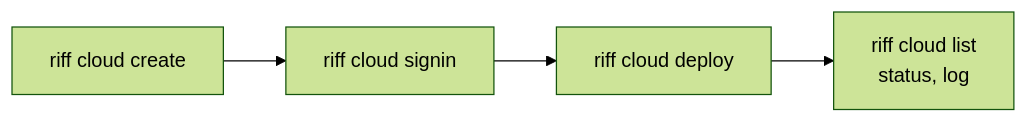
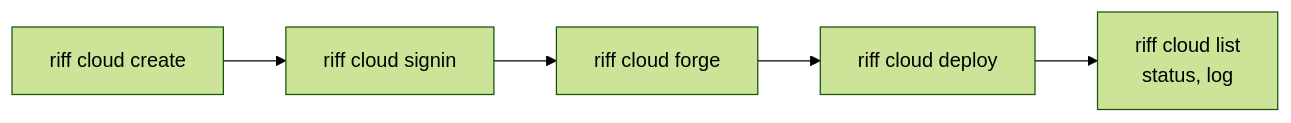
The second of 3 diagrams in docs/src/start-a-team-riff.md (como-technologies/riff), drawn with Mermaid (forest theme) before and after one commit. The commit also changed other lines of this file and 44 other files, not shown here.

First line of the commit message:
riff-server makes the forge token of each session (#640)

````diff
--- a/docs/src/start-a-team-riff.md
+++ b/docs/src/start-a-team-riff.md
@@ -86,6 +86,7 @@
 ```mermaid
 flowchart LR
     C["riff cloud create"] --> S["riff cloud signin"]
-    S --> D["riff cloud deploy"]
+    S --> F["riff cloud forge"]
+    F --> D["riff cloud deploy"]
     D --> L["riff cloud list<br/>status, log"]
 ```
````
